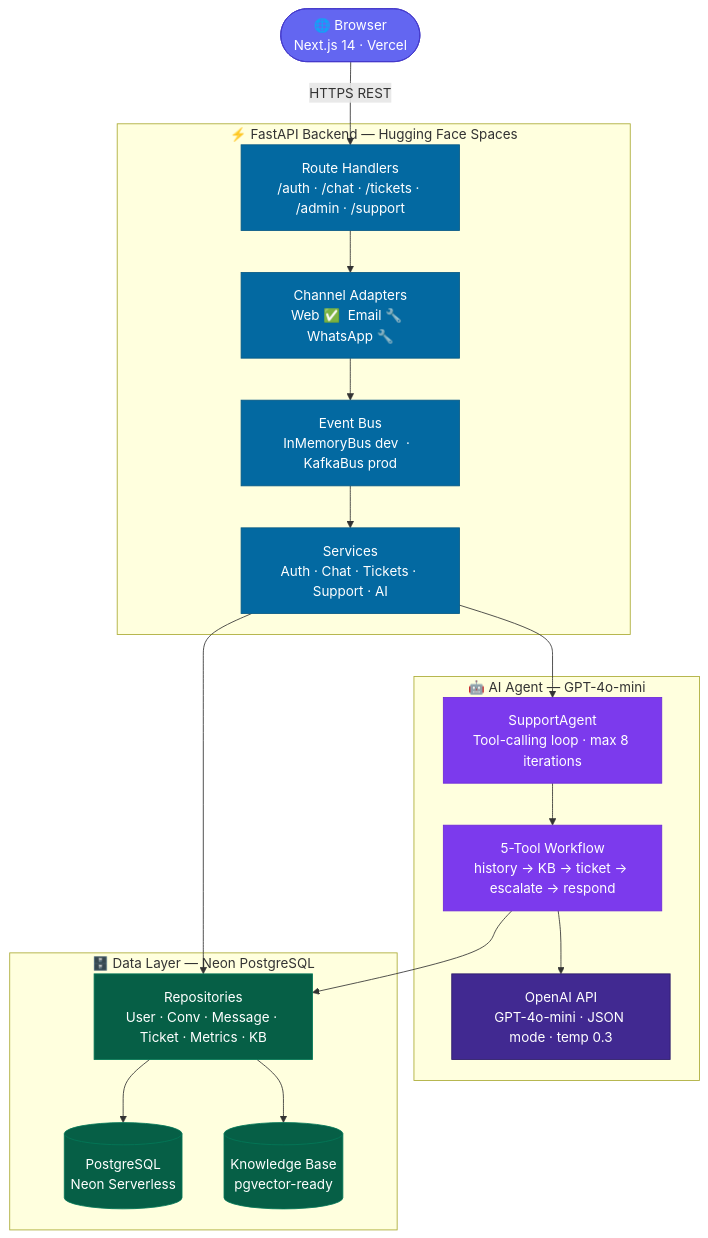
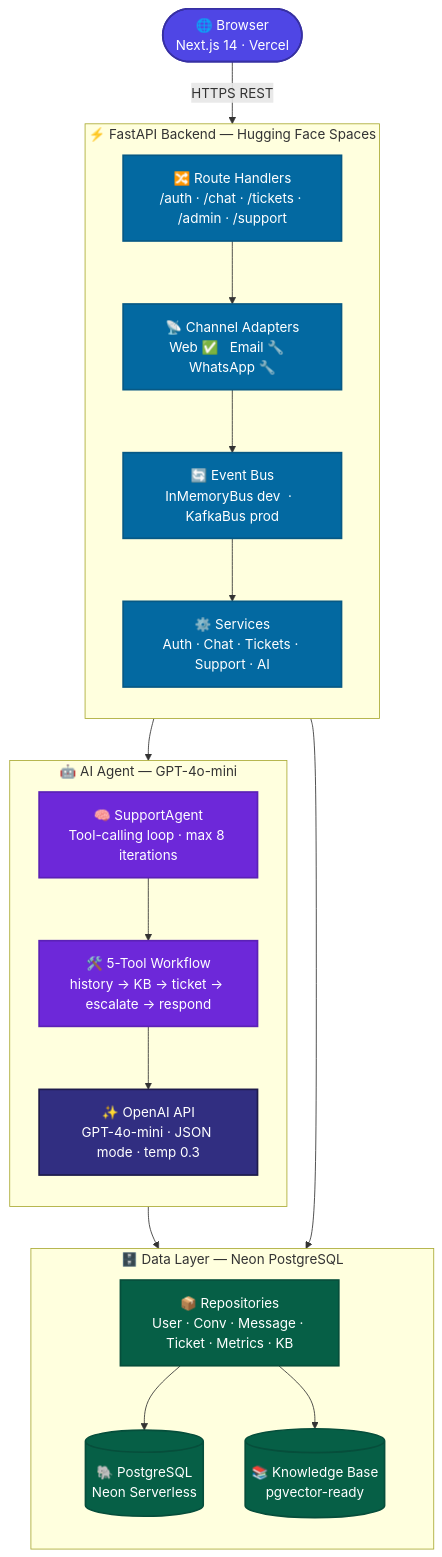
Before and after one commit to zohair-azmat-ai/Supportpilot-Ai-Digital-Fte: the diagram in README.md, drawn with Mermaid. The commit also changed other lines of this file, not shown here.

Commit message:
Improve README flow: move Architecture section higher for better readability

````diff
--- a/README.md
+++ b/README.md
@@ -162,47 +167,50 @@
 ```mermaid
 flowchart TD
     Browser(["🌐 Browser\nNext.js 14 · Vercel"])
 
-    subgraph BackendLayer["⚡ FastAPI Backend — Hugging Face Spaces"]
-        Routes["Route Handlers\n/auth · /chat · /tickets · /admin · /support"]
-        Adapters["Channel Adapters\nWeb ✅  Email 🔧  WhatsApp 🔧"]
-        EventBus["Event Bus\nInMemoryBus dev  ·  KafkaBus prod"]
-        Services["Services\nAuth · Chat · Tickets · Support · AI"]
+    subgraph BackendLayer["  ⚡ FastAPI Backend — Hugging Face Spaces  "]
+        direction TB
+        Routes["🔀 Route Handlers\n/auth · /chat · /tickets · /admin · /support"]
+        Adapters["📡 Channel Adapters\nWeb ✅   Email 🔧   WhatsApp 🔧"]
+        EventBus["🔄 Event Bus\nInMemoryBus dev  ·  KafkaBus prod"]
+        Services["⚙️ Services\nAuth · Chat · Tickets · Support · AI"]
     end
 
-    subgraph AgentLayer["🤖 AI Agent — GPT-4o-mini"]
-        Agent["SupportAgent\nTool-calling loop · max 8 iterations"]
-        Tools["5-Tool Workflow\nhistory → KB → ticket → escalate → respond"]
-        GPT["OpenAI API\nGPT-4o-mini · JSON mode · temp 0.3"]
+    subgraph AgentLayer["  🤖 AI Agent — GPT-4o-mini  "]
+        direction TB
+        Agent["🧠 SupportAgent\nTool-calling loop · max 8 iterations"]
+        Tools["🛠️ 5-Tool Workflow\nhistory → KB → ticket → escalate → respond"]
+        GPT["✨ OpenAI API\nGPT-4o-mini · JSON mode · temp 0.3"]
     end
 
-    subgraph DataLayer["🗄️ Data Layer — Neon PostgreSQL"]
-        Repos["Repositories\nUser · Conv · Message · Ticket · Metrics · KB"]
-        PG[("PostgreSQL\nNeon Serverless")]
-        KnowledgeBase[("Knowledge Base\npgvector-ready")]
+    subgraph DataLayer["  🗄️ Data Layer — Neon PostgreSQL  "]
+        direction TB
+        Repos["📦 Repositories\nUser · Conv · Message · Ticket · Metrics · KB"]
+        PG[("🐘 PostgreSQL\nNeon Serverless")]
+        KBase[("📚 Knowledge Base\npgvector-ready")]
     end
 
     Browser -->|"HTTPS REST"| Routes
     Routes --> Adapters
     Adapters --> EventBus
     EventBus --> Services
     Services --> Agent
     Agent --> Tools
     Tools --> GPT
     Tools --> Repos
     Services --> Repos
     Repos --> PG
-    Repos --> KnowledgeBase
+    Repos --> KBase
 
-    classDef frontendStyle fill:#6366f1,stroke:#4338ca,color:#fff
-    classDef backendStyle fill:#0369a1,stroke:#075985,color:#fff
-    classDef aiStyle fill:#7c3aed,stroke:#6d28d9,color:#fff
-    classDef gptStyle fill:#412991,stroke:#2d1b69,color:#fff
-    classDef dbStyle fill:#065f46,stroke:#047857,color:#fff
+    classDef frontendStyle fill:#4f46e5,stroke:#3730a3,stroke-width:2px,color:#fff
+    classDef backendStyle fill:#0369a1,stroke:#075985,stroke-width:2px,color:#fff
+    classDef aiStyle fill:#6d28d9,stroke:#5b21b6,stroke-width:2px,color:#fff
+    classDef gptStyle fill:#312e81,stroke:#1e1b4b,stroke-width:2px,color:#fff
+    classDef dbStyle fill:#065f46,stroke:#064e3b,stroke-width:2px,color:#fff
 
     class Browser frontendStyle
     class Routes,Adapters,EventBus,Services backendStyle
     class Agent,Tools aiStyle
     class GPT gptStyle
-    class Repos,PG,KnowledgeBase dbStyle
+    class Repos,PG,KBase dbStyle
 ```
````
